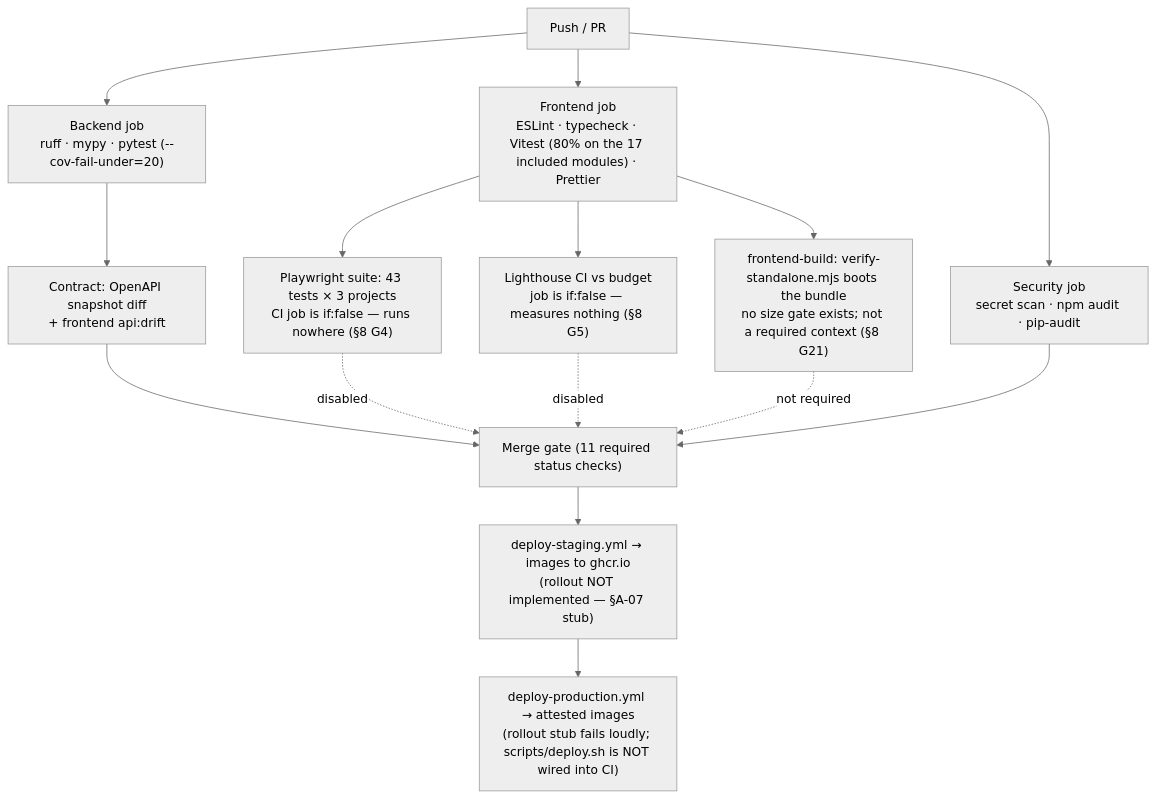
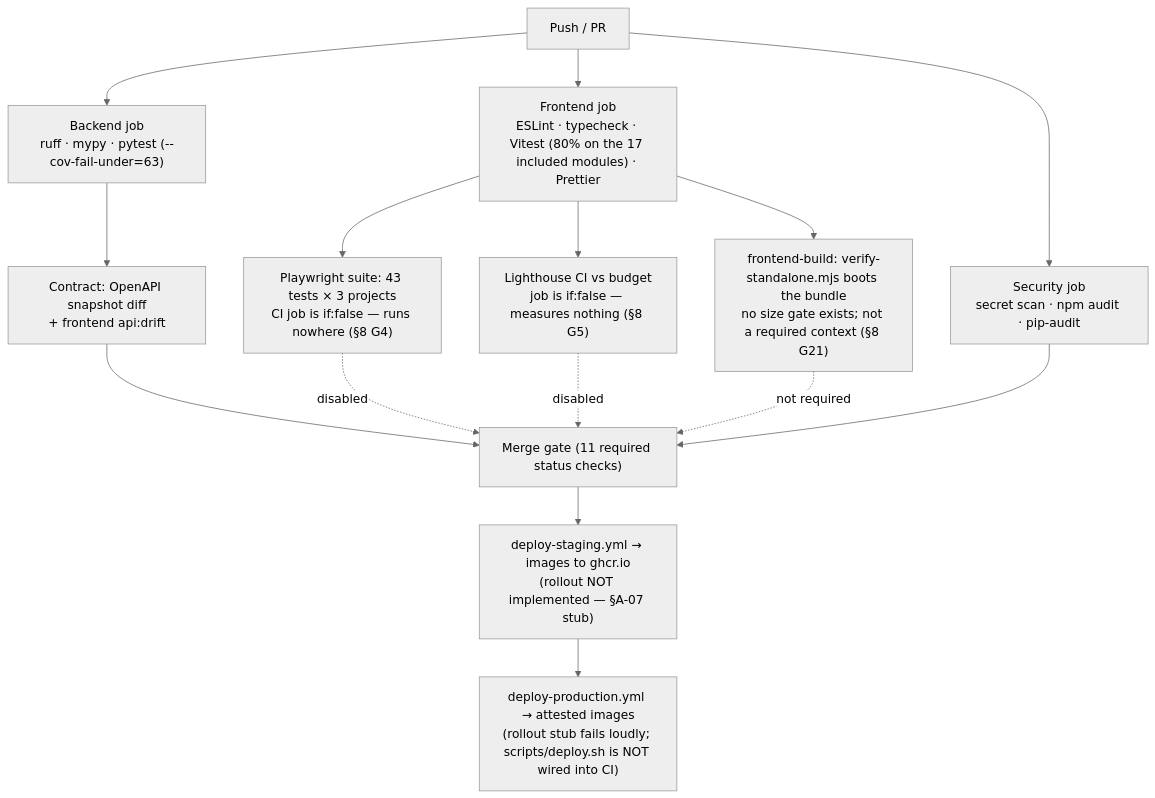
The diagram in docs/TESTING_STRATEGY.md (jolarca-dev/jolarca), drawn with Mermaid (neutral theme) before and after one commit. The commit also changed other lines of this file and 8 other files, not shown here.

````diff
--- a/docs/TESTING_STRATEGY.md
+++ b/docs/TESTING_STRATEGY.md
@@ -76,17 +76,17 @@
 ```mermaid
 flowchart TD
-    PR["Push / PR"] --> BE["Backend job<br/>ruff · mypy · pytest (--cov-fail-under=20)"]
+    PR["Push / PR"] --> BE["Backend job<br/>ruff · mypy · pytest (--cov-fail-under=63)"]
     PR --> FE["Frontend job<br/>ESLint · typecheck · Vitest (80% on the 17 included modules) · Prettier"]
     PR --> SEC["Security job<br/>secret scan · npm audit · pip-audit"]
     BE --> CT["Contract: OpenAPI snapshot diff<br/>+ frontend api:drift"]
     FE --> E2E["Playwright suite: 43 tests × 3 projects<br/>CI job is if:false — runs nowhere (§8 G4)"]
     FE --> LH["Lighthouse CI vs budget<br/>job is if:false — measures nothing (§8 G5)"]
     FE --> BA["frontend-build: verify-standalone.mjs boots the bundle<br/>no size gate exists; not a required context (§8 G21)"]
     CT --> MERGE["Merge gate (11 required status checks)"]
     E2E -.->|disabled| MERGE
     LH -.->|disabled| MERGE
     BA -.->|not required| MERGE
     SEC --> MERGE
     MERGE --> STG["deploy-staging.yml → images to ghcr.io<br/>(rollout NOT implemented — §A-07 stub)"]
     STG --> PROD["deploy-production.yml → attested images<br/>(rollout stub fails loudly; scripts/deploy.sh is NOT wired into CI)"]
 ```
````
